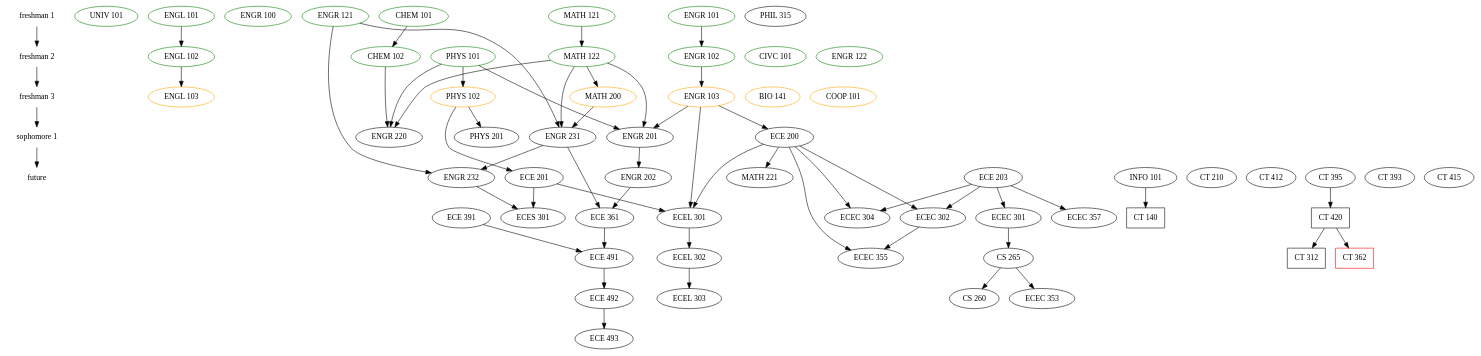
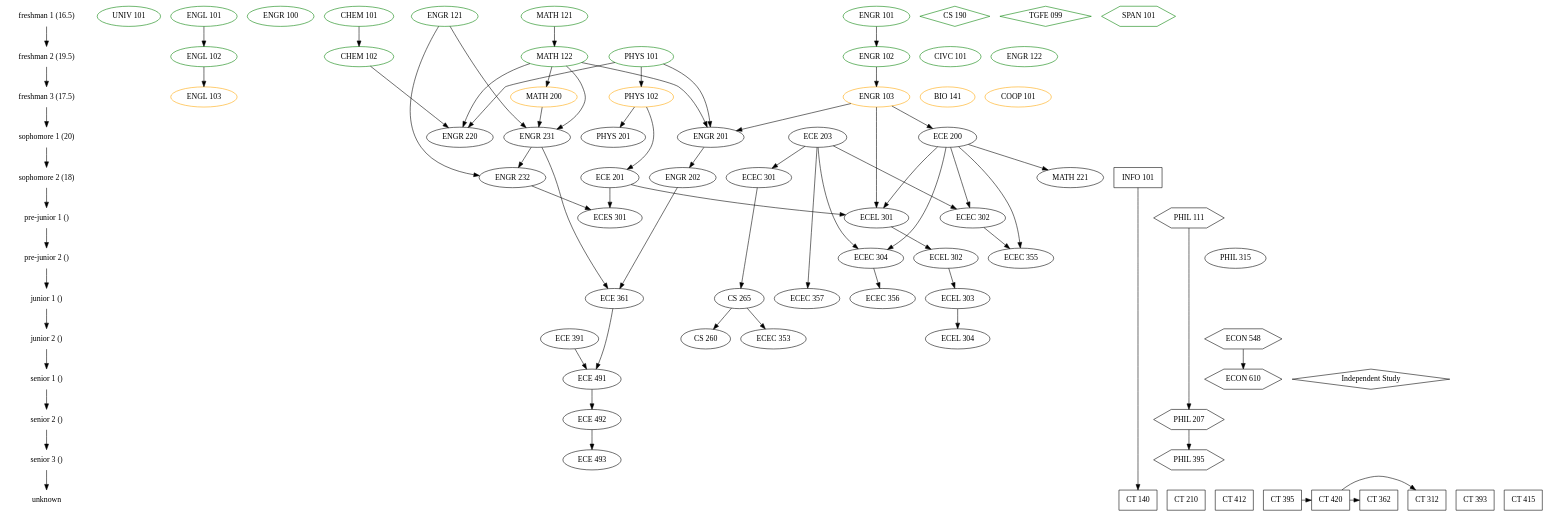
One commit to Theodus/coursework changed the diagram in classes.gv. Above: the diagram before and after it, drawn with Graphviz.

Commit message:
add electives

```diff
--- a/classes.gv
+++ b/classes.gv
@@ -1,107 +1,182 @@
+/* Key:
+
+color:
+green = already taken
+orange = currently taking
+black = not taken
+
+shape:
+ellipse = fixed degree requirement
+diamond = free elective
+hexagon = general education elective
+
+*/
+
 digraph Classes {
 
   { node [shape=plaintext]
-    "freshman 1" ->
-    "freshman 2" ->
-    "freshman 3" ->
-    "sophomore 1" ->
-    "future"
+    "freshman 1 (16.5)" ->
+    "freshman 2 (19.5)" ->
+    "freshman 3 (17.5)" ->
+    "sophomore 1 (20)" ->
+    "sophomore 2 (18)" ->
+    "pre-junior 1 ()" ->
+    "pre-junior 2 ()" ->
+    "junior 1 ()" ->
+    "junior 2 ()" ->
+    "senior 1 ()" ->
+    "senior 2 ()" ->
+    "senior 3 ()" ->
+    "unknown"
   }
 
   { node [color=green]
-    { rank=same "freshman 1"
+    { rank=same "freshman 1 (16.5)"
       "UNIV 101"
       "ENGL 101"
       "ENGR 100"
       "CHEM 101"
       "ENGR 101"
       "ENGR 121"
       "MATH 121"
+
+      // AP Credit
+      "CS 190" [shape=diamond]
+      "TGFE 099" [shape=diamond]
+      "SPAN 101" [shape=hexagon]
     }
-    { rank=same "freshman 2"
+    { rank=same "freshman 2 (19.5)"
       "CIVC 101"
       "ENGL 102"
       "CHEM 102"
       "ENGR 102"
       "ENGR 122"
       "MATH 122"
       "PHYS 101"
     }
   }
   { node [color=orange]
-    { rank=same "freshman 3"
+    { rank=same "freshman 3 (17.5)"
       "ENGL 103"
       "ENGR 103"
       "BIO 141"
       "COOP 101"
       "PHYS 102"
       "MATH 200"
     }
   }
-  { rank=same "sophomore 1"
+  { rank=same "sophomore 1 (20)"
     "ENGR 231"
     "PHYS 201"
     "ENGR 220"
     "ECE 200"
     "ENGR 201"
+    "ECE 203"
   }
-  { rank=same "future"
-    "ECE 203"
+  { rank=same "sophomore 2 (18)"
+    "ENGR 232"
+    "MATH 221"
     "ECE 201"
-
-    "INFO 101"
-    "CT 210"
-    "CT 412"
-    "CT 395"
-    "CT 393"
-    "CT 415"
+    "ENGR 202"
+    "ECEC 301"
+    "INFO 101" [shape=box]
+  }
+  { rank=same "pre-junior 1 ()"
+    "ECES 301"
+    "ECEC 302"
+    "ECEL 301"
+    "PHIL 111" [shape=hexagon]
+  }
+  { rank=same "pre-junior 2 ()"
+    "ECEC 304"
+    "ECEC 355"
+    "ECEL 302"
+    "PHIL 315"
+  }
+  { rank=same "junior 1 ()"
+    "ECEC 356"
+    "ECEC 357"
+    "CS 265"
+    "ECEL 303"
+    "ECE 361"
+  }
+  { rank=same "junior 2 ()"
+    "ECEC 353"
+    "CS 260"
+    "ECEL 304"
+    "ECE 391"
+    "ECON 548" [shape=hexagon]
+  }
+  { rank=same "senior 1 ()"
+    "ECE 491"
+    "ECON 610" [shape=hexagon]
+    "Independent Study" [shape=diamond]
+  }
+  { rank=same "senior 2 ()"
+    "ECE 492"
+    "PHIL 207" [shape=hexagon]
+  }
+  { rank=same "senior 3 ()"
+    "ECE 493"
+    "PHIL 395" [shape=hexagon]
+  }
+  { rank=same "unknown"
+    "CT 140" [shape=box]
+    "CT 210" [shape=box]
+    "CT 412" [shape=box]
+    "CT 395" [shape=box]
+    "CT 393" [shape=box]
+    "CT 415" [shape=box]
+    "CT 420" [shape=box]
+    "CT 312" [shape=box]
+    "CT 362" [shape=box]
   }
 
   // General Education/Liberal Studies
 
   "CIVC 101"
   "ENGL 101" -> "ENGL 102" -> "ENGL 103"
   "PHIL 315"
   "UNIV 101"
+
+  "PHIL 111" -> "PHIL 207" -> "PHIL 395"
+  "ECON 548" -> "ECON 610"
 
   // Foundation Requirements
 
   "BIO 141"
   "CHEM 101" -> "CHEM 102"
   "PHYS 101" -> "PHYS 102" -> "PHYS 201"
   "PHYS 102" -> "ECE 201"
   "MATH 121" -> "MATH 122" -> "MATH 200" -> "ENGR 231"
   "ENGR 101" -> "ENGR 102" -> "ENGR 103" -> "ECE 200" -> "MATH 221"
   "ECE 203"
   {"MATH 122" "PHYS 101" "ENGR 103"} -> "ENGR 201" -> "ENGR 202"
   {"CHEM 102" "MATH 122" "PHYS 101"} -> "ENGR 220"
   {"MATH 122" "ENGR 121"} -> "ENGR 231"
   {"ENGR 231" "ENGR 121"} -> "ENGR 232"
 
   // Professional Requirements
 
   "ECE 203" -> "ECEC 301" -> "CS 265" -> "CS 260"
   {"ENGR 202" "ENGR 231"} -> "ECE 361"
   {"ECE 391" "ECE 361"} -> "ECE 491" -> "ECE 492" -> "ECE 493"
   {"ECE 203" "ECE 200"} -> "ECEC 302"
-  {"ECE 200" "ECE 203"} -> "ECEC 304"
+  {"ECE 200" "ECE 203"} -> "ECEC 304" -> "ECEC 356"
   "CS 265" -> "ECEC 353"
   {"ECE 200" "ECEC 302"} -> "ECEC 355"
   "ECE 203" -> "ECEC 357"
-  {"ENGR 103" "ECE 200" "ECE 201"} -> "ECEL 301" -> "ECEL 302" -> "ECEL 303"
+  {"ENGR 103" "ECE 200" "ECE 201"} -> 
+    "ECEL 301" -> "ECEL 302" -> "ECEL 303" -> "ECEL 304"
   {"ENGR 232" "ECE 201"} -> "ECES 301"
 
   // Minor in Security Technology
 
-  node [shape=box]
   "INFO 101" -> "CT 140"
   "CT 210"
   "CT 412"
   "CT 395" -> "CT 420" -> "CT 312"
-
-  { node [shape=box, color=red]
-    "CT 420" -> "CT 362"
-    "CT 393"
-    "CT 415"
-  }
+  "CT 420" -> "CT 362"
+  "CT 393"
+  "CT 415"
 }
```
